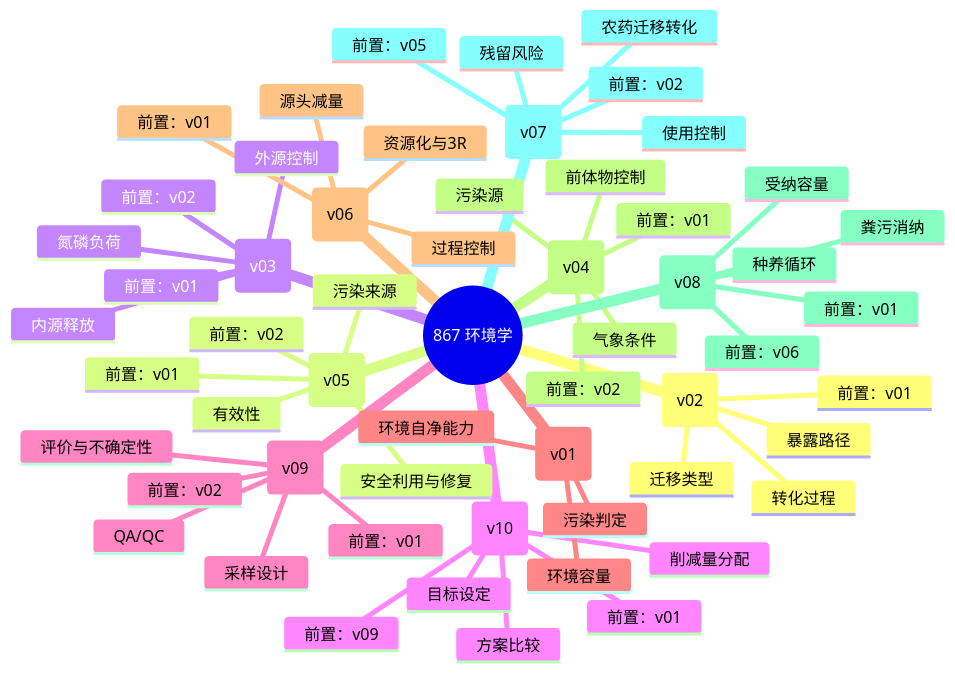
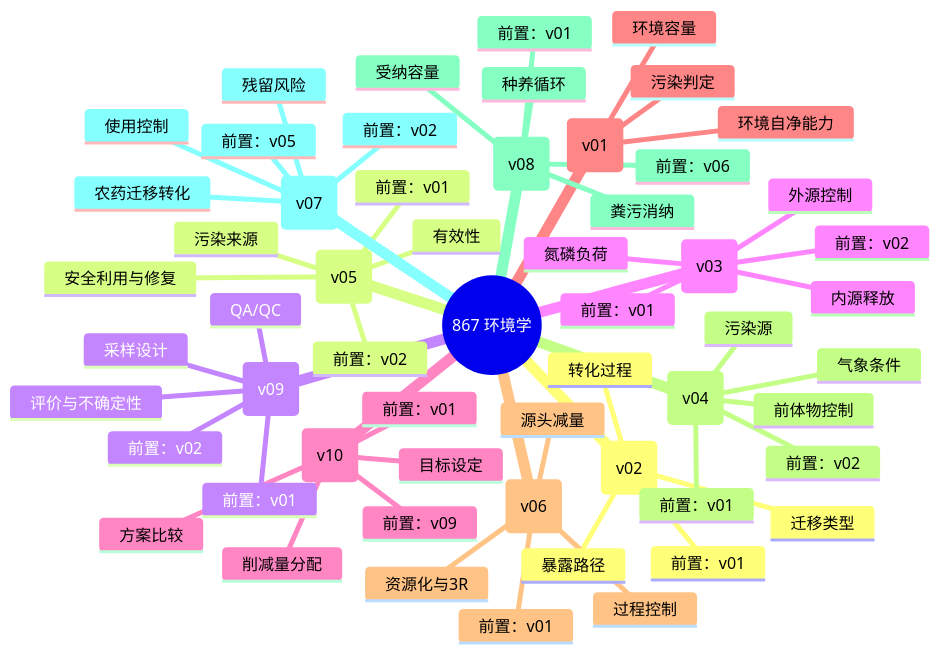
One commit to encounterself/weekly-reports changed the diagram in 真题/analysis/exam-knowledge-map.md. Above: the diagram before and after it, drawn with Mermaid. The commit also changed other lines of this file and 26 other files, not shown here.

````diff
--- a/真题/analysis/exam-knowledge-map.md
+++ b/真题/analysis/exam-knowledge-map.md
@@ -3,60 +3,60 @@
 ```mermaid
 mindmap
   root((867 环境学))
     ★★★★★ 污染物迁移与转化 (v02)
       迁移类型
       转化过程
       暴露路径
       前置：v01
     ★★★★★ 土壤污染与修复 (v05)
       污染来源
       有效性
       安全利用与修复
       前置：v01
       前置：v02
+    ★★★★★ 环境监测与质量控制 (v09)
+      采样设计
+      QA/QC
+      评价与不确定性
+      前置：v01
+      前置：v02
     ★★★★★ 水体富营养化与负荷 (v03)
       氮磷负荷
       外源控制
       内源释放
       前置：v01
       前置：v02
     ★★★★★ 环境规划与多方案决策 (v10)
       目标设定
       削减量分配
       方案比较
       前置：v01
       前置：v09
-    ★★★★★ 环境监测与质量控制 (v09)
-      采样设计
-      QA/QC
-      评价与不确定性
-      前置：v01
-      前置：v02
     ★★★★★ 情境化环境容量与自净 (v01)
       环境容量
       环境自净能力
       污染判定
     ★★★★★ 清洁生产与物料流 (v06)
       源头减量
       过程控制
       资源化与3R
       前置：v01
     ★★★★★ 大气污染事件诊断 (v04)
       污染源
       气象条件
       前体物控制
       前置：v01
       前置：v02
     ★★★★☆ 农业资源化与生态循环 (v08)
       粪污消纳
       种养循环
       受纳容量
       前置：v01
       前置：v06
-    ★★★☆☆ 农药风险与农产品安全 (v07)
+    ★★★★☆ 农药风险与农产品安全 (v07)
       农药迁移转化
       残留风险
       使用控制
       前置：v02
       前置：v05
 ```
````
